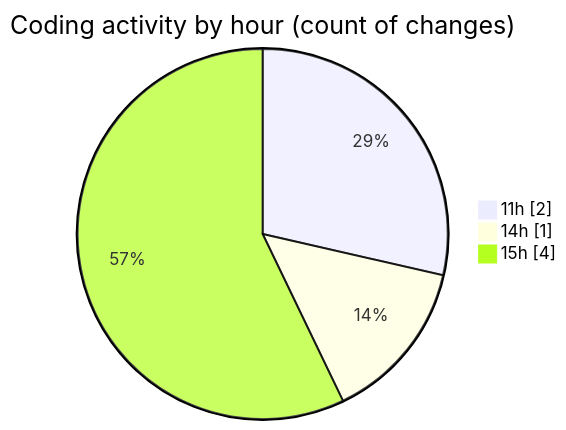
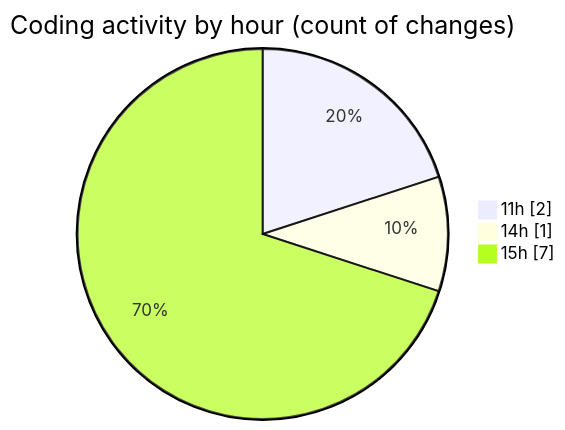
Before and after one commit to nxtqubesakshisongat/code-tracking: the second of 2 diagrams in 2025-12-30/nxtqube_webapp/README.md, drawn with Mermaid. The commit also changed other lines of this file and 1 other file, not shown here.

````diff
--- a/2025-12-30/nxtqube_webapp/README.md
+++ b/2025-12-30/nxtqube_webapp/README.md
@@ -32,7 +33,7 @@
 ```mermaid
 pie showData
 title Coding activity by hour (count of changes)
 "11h" : 2
 "14h" : 1
-"15h" : 4
+"15h" : 7
 ```
````
